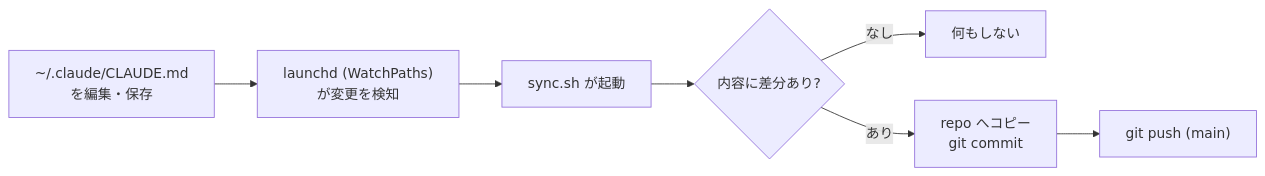
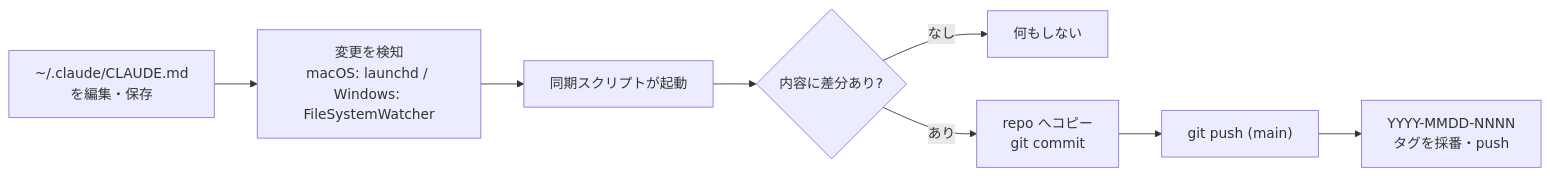
One commit to 4ltena/my-claude-md changed the diagram in README.md. Above: the diagram before and after it, drawn with Mermaid. The commit also changed other lines of this file and 1 other file, not shown here.

First line of the commit message:
feat: add Windows watcher and date-based tag scheme

````diff
--- a/README.md
+++ b/README.md
@@ -13,9 +14,10 @@
 ```mermaid
 flowchart LR
-    A["~/.claude/CLAUDE.md<br/>を編集・保存"] --> B["launchd (WatchPaths)<br/>が変更を検知"]
-    B --> C["sync.sh が起動"]
+    A["~/.claude/CLAUDE.md<br/>を編集・保存"] --> B["変更を検知<br/>macOS: launchd / Windows: FileSystemWatcher"]
+    B --> C["同期スクリプトが起動"]
     C --> D{"内容に差分あり?"}
     D -- なし --> E["何もしない"]
     D -- あり --> F["repo へコピー<br/>git commit"]
     F --> G["git push (main)"]
+    G --> H["YYYY-MMDD-NNNN<br/>タグを採番・push"]
 ```
````
